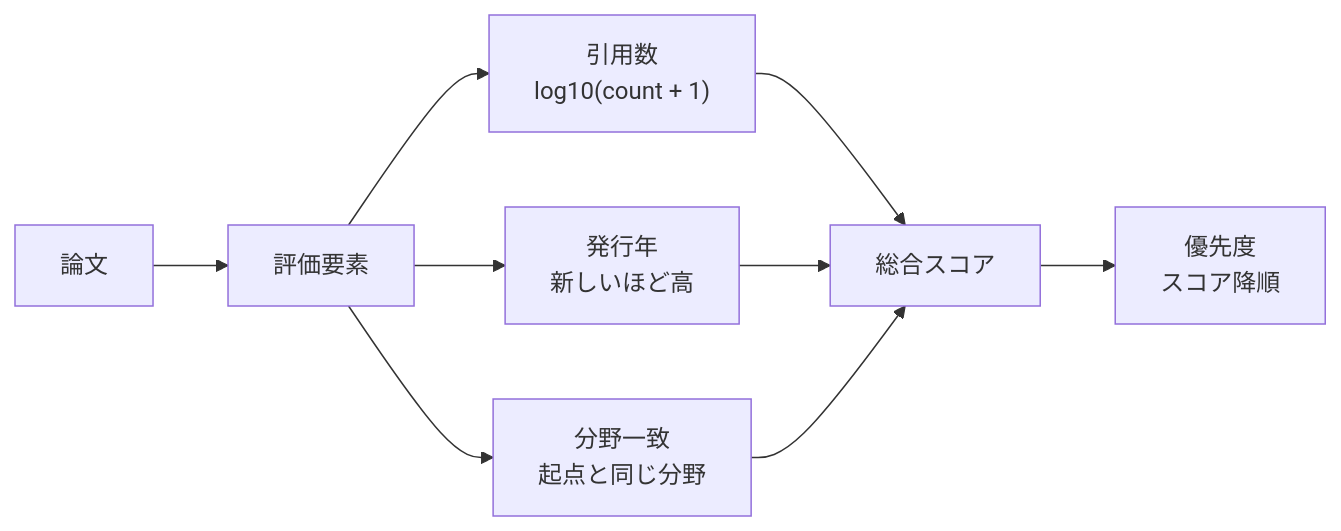
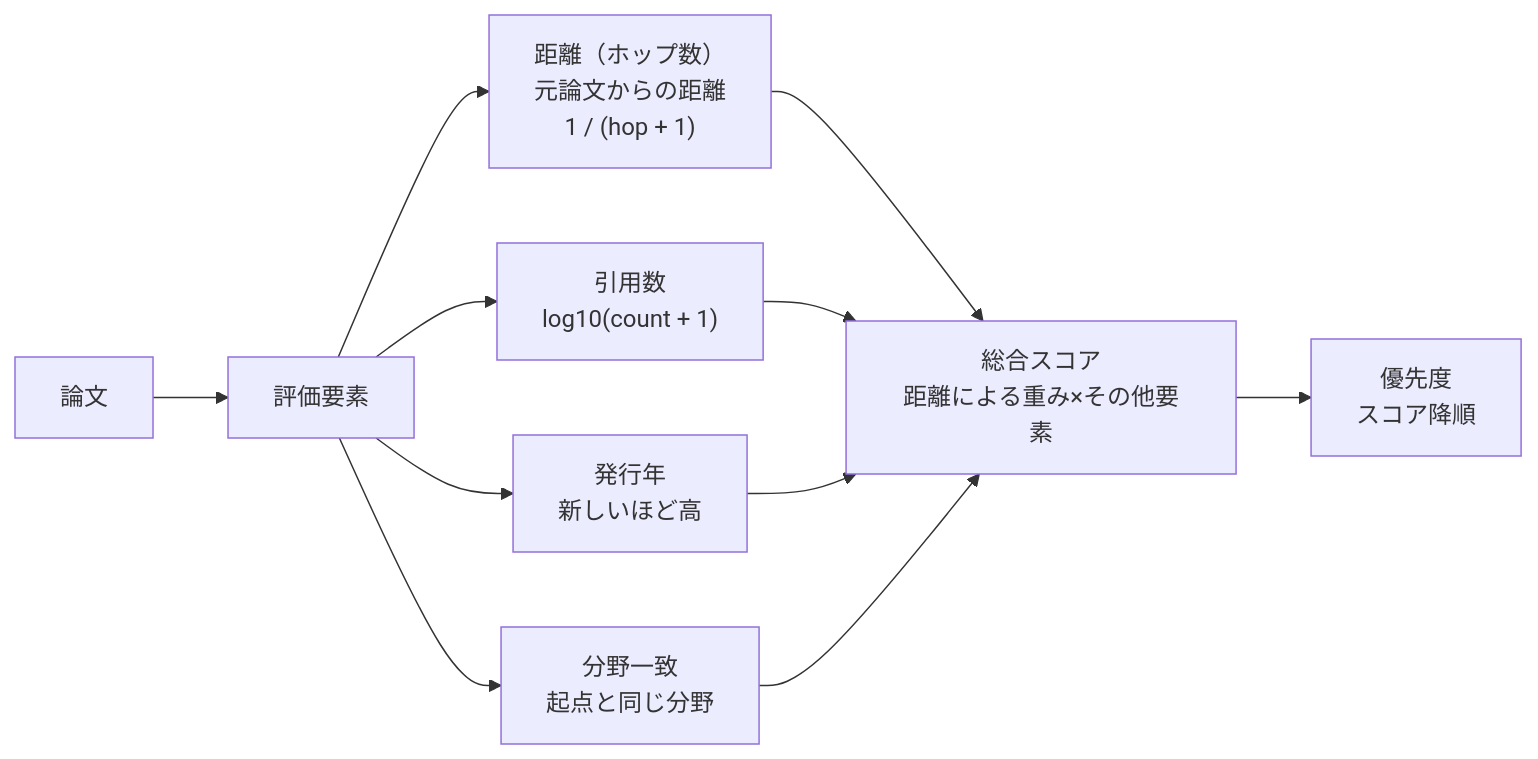
One commit to tsuji-tomonori/ref-net changed the fourth of 4 diagrams in docs/spec/flowchart/paper_processor.md. Above: the diagram before and after it, drawn with Mermaid. The commit also changed other lines of this file, not shown here.

First line of the commit message:
feat: 重み付けアルゴリズムに距離（ホップ数）を追加

````diff
--- a/docs/spec/flowchart/paper_processor.md
+++ b/docs/spec/flowchart/paper_processor.md
@@ -87,14 +87,16 @@
 ```mermaid
 flowchart LR
     Paper[論文] --> Factors[評価要素]
     
+    Factors --> Distance["距離（ホップ数）<br/>元論文からの距離<br/>1 / (hop + 1)"]
     Factors --> Citation["引用数<br/>log10(count + 1)"]
     Factors --> Year[発行年<br/>新しいほど高]
     Factors --> Field[分野一致<br/>起点と同じ分野]
     
-    Citation --> Score[総合スコア]
+    Distance --> Score[総合スコア<br/>距離による重み×その他要素]
+    Citation --> Score
     Year --> Score
     Field --> Score
     
     Score --> Priority[優先度<br/>スコア降順]
 ```
````
